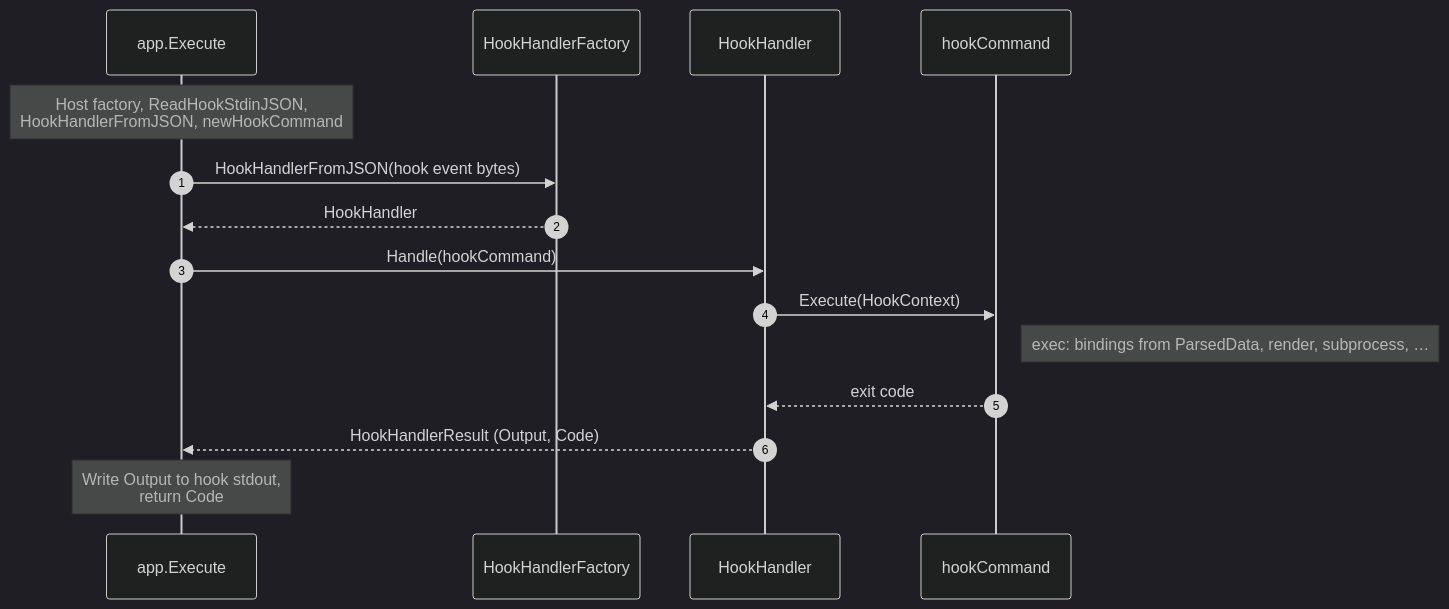
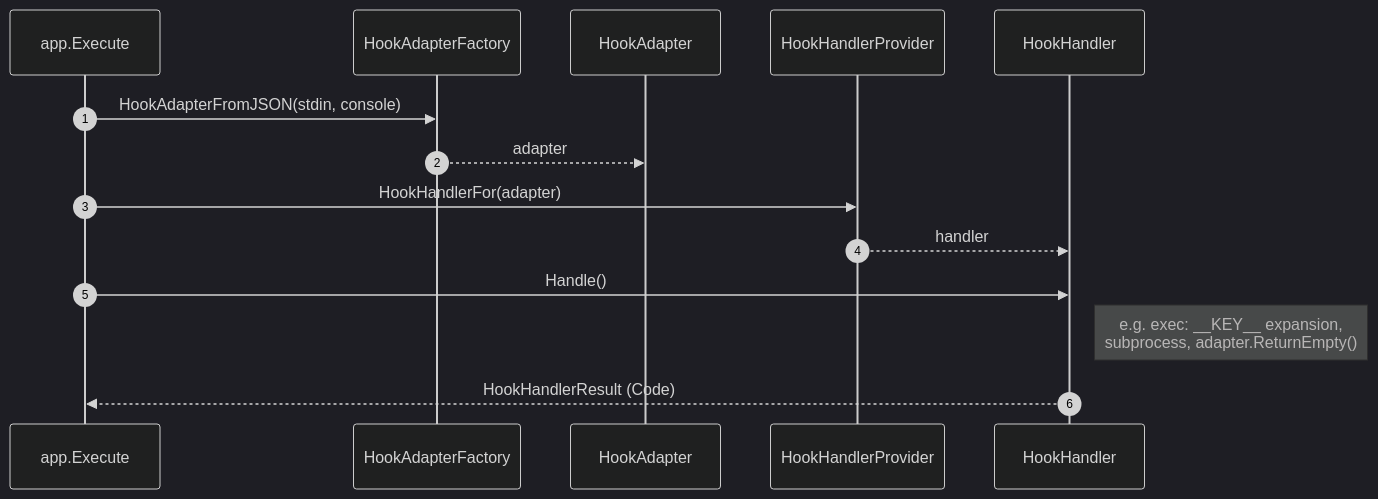
One commit to sviatsviatsviat/wat changed the diagram in README.md. Above: the diagram before and after it, drawn with Mermaid (dark theme). The commit also changed other lines of this file, not shown here.

First line of the commit message:
docs: align README architecture with HookAdapter pipeline

````diff
--- a/README.md
+++ b/README.md
@@ -200,18 +200,17 @@
 ```mermaid
 sequenceDiagram
   autonumber
-  participant A as app.Execute
-  participant F as HookHandlerFactory
+  participant E as app.Execute
+  participant AF as HookAdapterFactory
+  participant A as HookAdapter
+  participant P as HookHandlerProvider
   participant H as HookHandler
-  participant C as hookCommand
 
-  Note over A: Host factory, ReadHookStdinJSON,<br/>HookHandlerFromJSON, newHookCommand
-  A->>F: HookHandlerFromJSON(hook event bytes)
-  F-->>A: HookHandler
-  A->>H: Handle(hookCommand)
-  H->>C: Execute(HookContext)
-  Note right of C: exec: bindings from ParsedData, render, subprocess, …
-  C-->>H: exit code
-  H-->>A: HookHandlerResult (Output, Code)
-  Note over A: Write Output to hook stdout,<br/>return Code
+  E->>AF: HookAdapterFromJSON(stdin, console)
+  AF-->>A: adapter
+  E->>P: HookHandlerFor(adapter)
+  P-->>H: handler
+  E->>H: Handle()
+  Note right of H: e.g. exec: __KEY__ expansion,<br/>subprocess, adapter.ReturnEmpty()
+  H-->>E: HookHandlerResult (Code)
 ```
````
